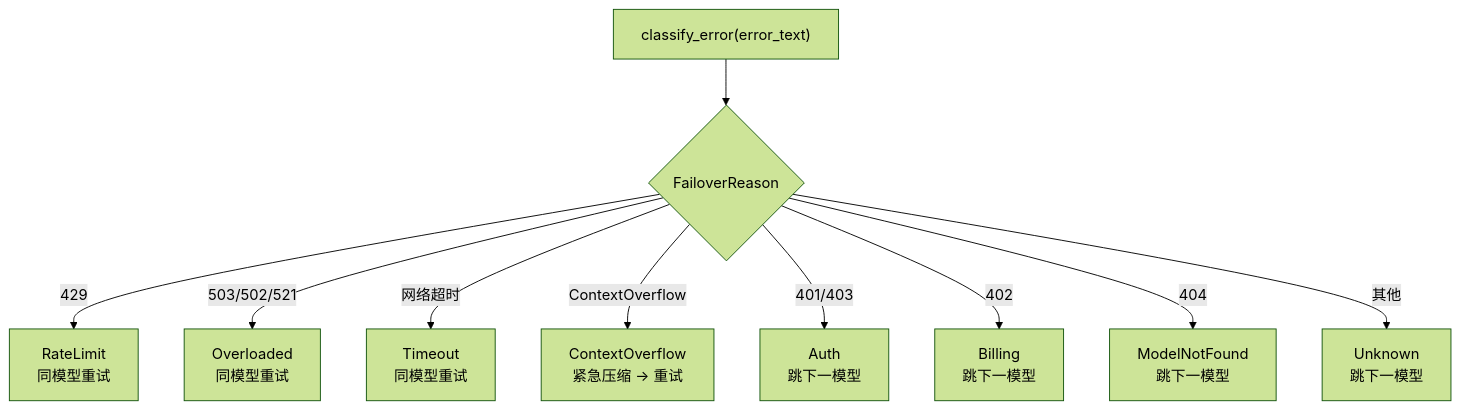
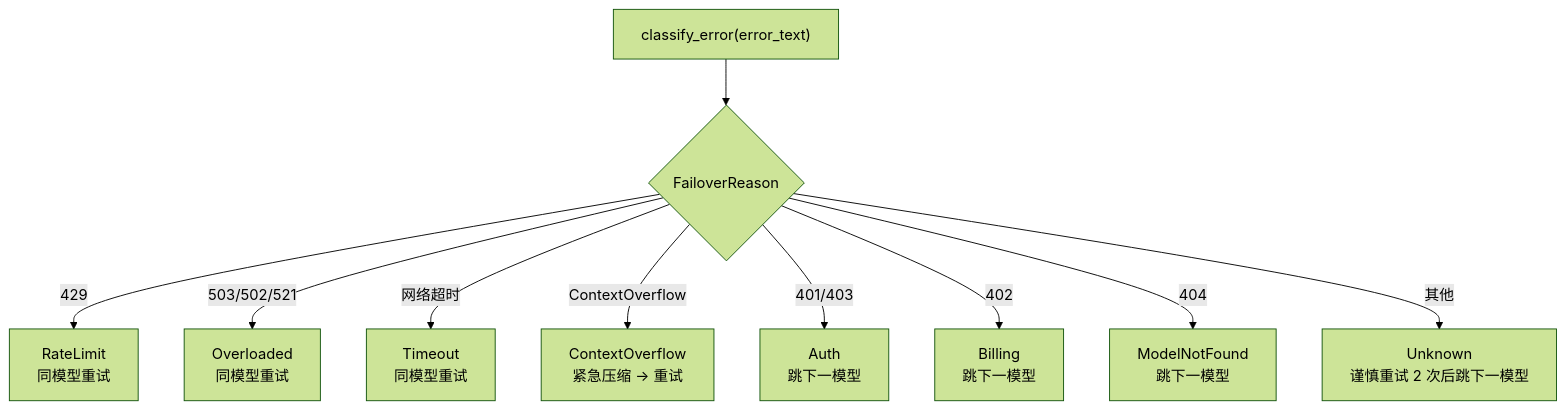
Before and after one commit to gabrielmoreira/agent-skills-mirror: the eighth of 16 diagrams in mirrors/repos/shiwenwen@hope-agent/docs/architecture/provider-system.md, drawn with Mermaid (forest theme). The commit also changed other lines of this file and 5963 other files, not shown here.

````diff
--- a/mirrors/repos/shiwenwen@hope-agent/docs/architecture/provider-system.md
+++ b/mirrors/repos/shiwenwen@hope-agent/docs/architecture/provider-system.md
@@ -552,13 +552,13 @@
 ```mermaid
 flowchart TD
   ERR["classify_error(error_text)"] --> R{FailoverReason}
 
   R -->|"429"| RL["RateLimit<br/>同模型重试"]
   R -->|"503/502/521"| OL["Overloaded<br/>同模型重试"]
   R -->|"网络超时"| TO["Timeout<br/>同模型重试"]
   R -->|"ContextOverflow"| CO["ContextOverflow<br/>紧急压缩 → 重试"]
   R -->|"401/403"| AU["Auth<br/>跳下一模型"]
   R -->|"402"| BI["Billing<br/>跳下一模型"]
   R -->|"404"| NF["ModelNotFound<br/>跳下一模型"]
-  R -->|"其他"| UK["Unknown<br/>跳下一模型"]
+  R -->|"其他"| UK["Unknown<br/>谨慎重试 2 次后跳下一模型"]
 ```
````
